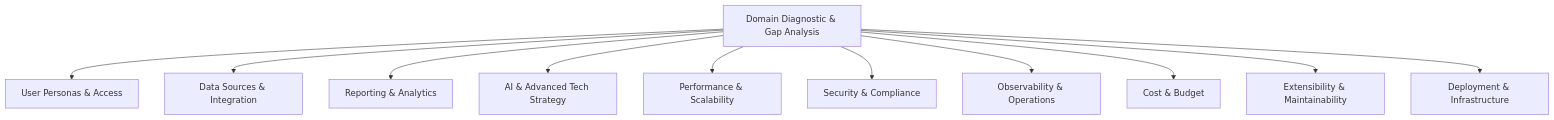
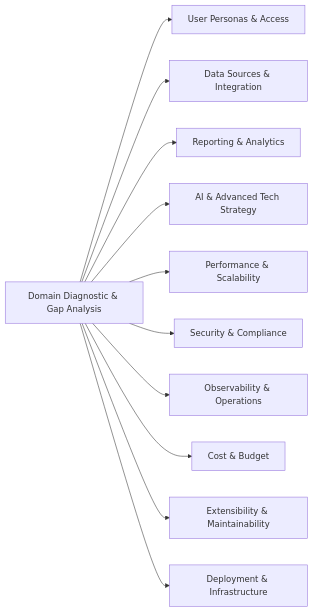
One commit to avfranco-br/portfolio changed the second of 3 diagrams in docs/sop/01-discover-align.md. Above: the diagram before and after it, drawn with Mermaid. The commit also changed other lines of this file and 14 other files, not shown here.

````diff
--- a/docs/sop/01-discover-align.md
+++ b/docs/sop/01-discover-align.md
@@ -414,14 +413,14 @@
 ```mermaid
-flowchart TB
+flowchart LR
   A["Domain Diagnostic & Gap Analysis"]
   A --> B["User Personas & Access"]
   A --> C["Data Sources & Integration"]
   A --> D["Reporting & Analytics"]
   A --> E["AI & Advanced Tech Strategy"]
   A --> F["Performance & Scalability"]
   A --> G["Security & Compliance"]
   A --> H["Observability & Operations"]
   A --> I["Cost & Budget"]
   A --> J["Extensibility & Maintainability"]
   A --> K["Deployment & Infrastructure"]
 ```
````
